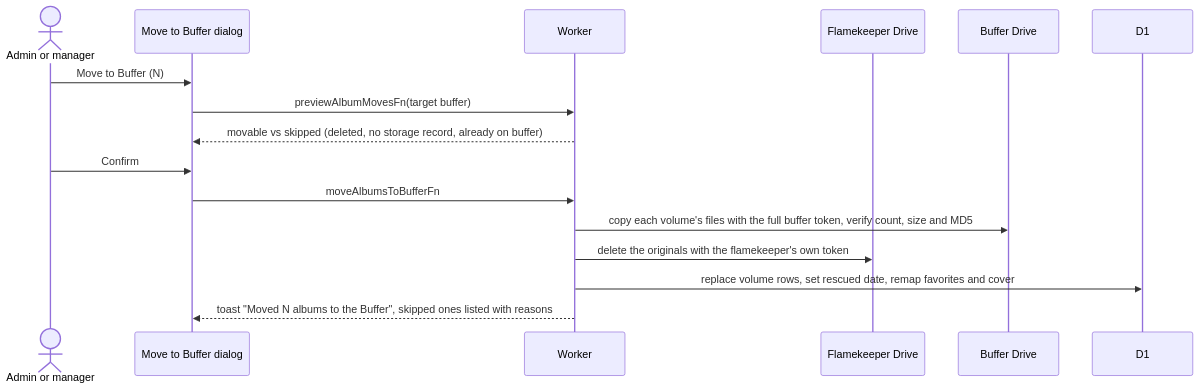
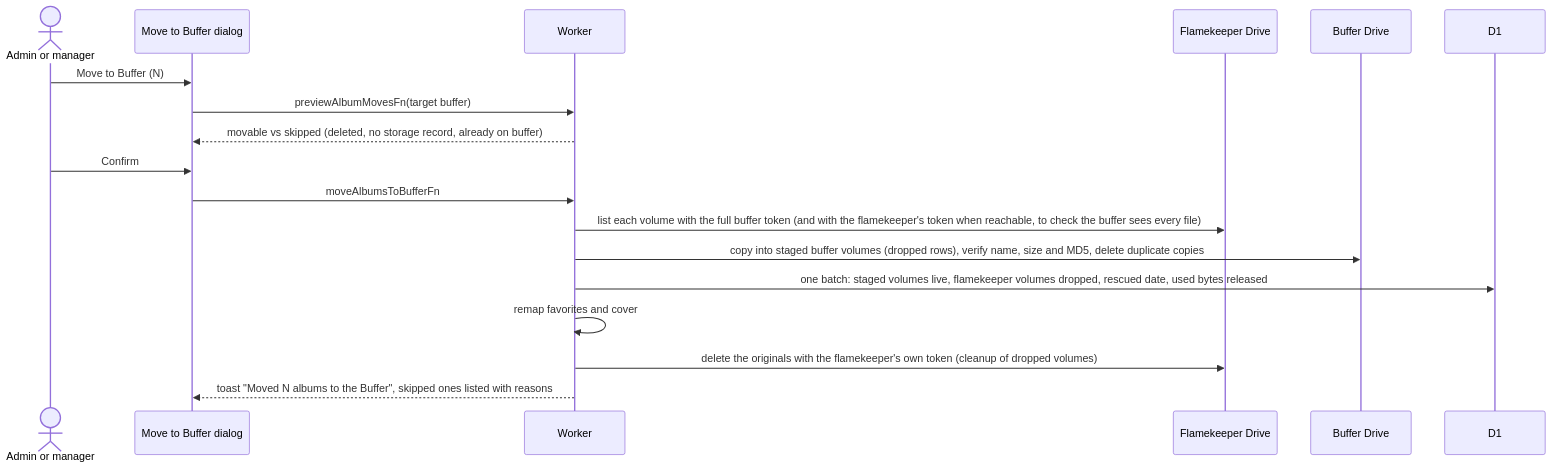
The first of 3 diagrams in docs/scenarios/admin/albums/storage.md (sagyzdop/meriksirat), drawn with Mermaid before and after one commit. The commit also changed other lines of this file and 51 other files, not shown here.

````diff
--- a/docs/scenarios/admin/albums/storage.md
+++ b/docs/scenarios/admin/albums/storage.md
@@ -7,19 +7,21 @@
 ```mermaid
 sequenceDiagram
     actor A as Admin or manager
     participant UI as Move to Buffer dialog
     participant W as Worker
     participant FK as Flamekeeper Drive
     participant Buf as Buffer Drive
     participant D1
 
     A->>UI: Move to Buffer (N)
     UI->>W: previewAlbumMovesFn(target buffer)
     W-->>UI: movable vs skipped (deleted, no storage record, already on buffer)
     A->>UI: Confirm
     UI->>W: moveAlbumsToBufferFn
-    W->>Buf: copy each volume's files with the full buffer token, verify count, size and MD5
-    W->>FK: delete the originals with the flamekeeper's own token
-    W->>D1: replace volume rows, set rescued date, remap favorites and cover
+    W->>FK: list each volume with the full buffer token (and with the flamekeeper's token when reachable, to check the buffer sees every file)
+    W->>Buf: copy into staged buffer volumes (dropped rows), verify name, size and MD5, delete duplicate copies
+    W->>D1: one batch: staged volumes live, flamekeeper volumes dropped, rescued date, used bytes released
+    W->>W: remap favorites and cover
+    W->>FK: delete the originals with the flamekeeper's own token (cleanup of dropped volumes)
     W-->>UI: toast "Moved N albums to the Buffer", skipped ones listed with reasons
 ```
````
